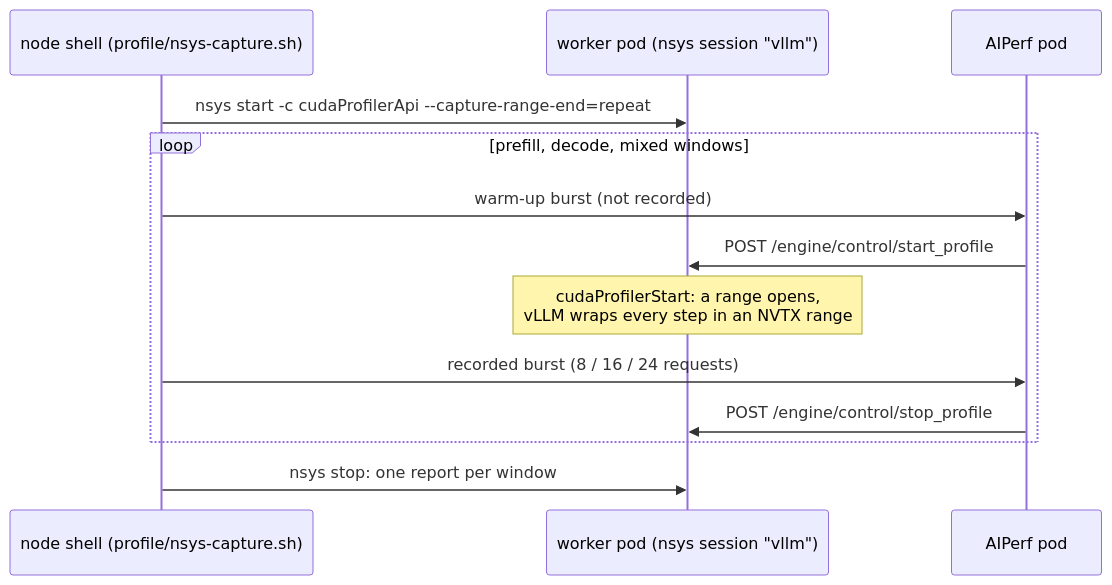
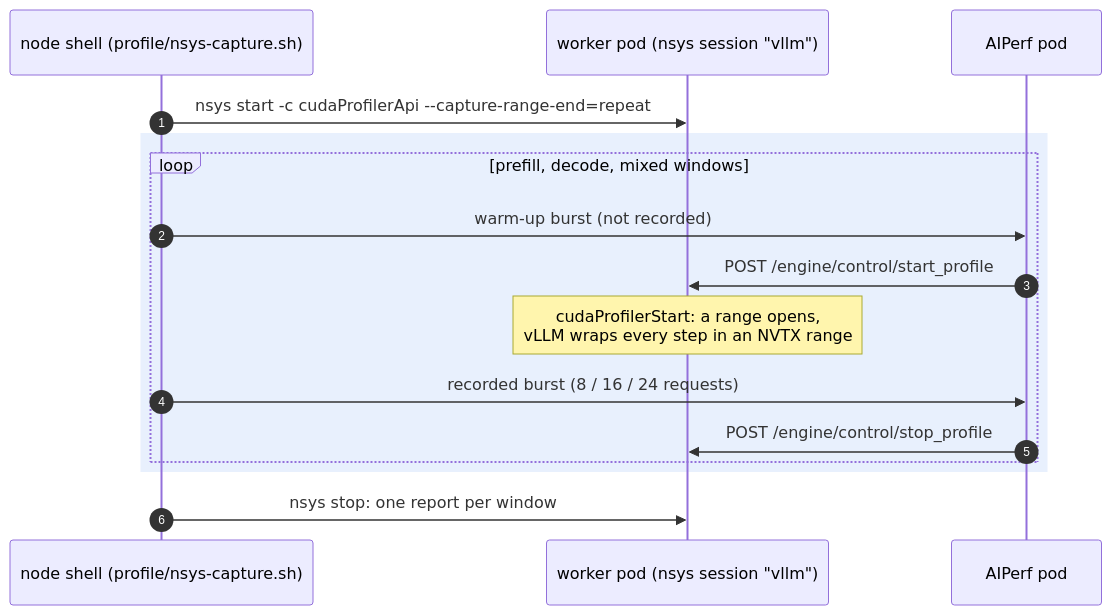
One commit to richajoy/dynamo-inference-lab changed the diagram in docs/07-profiling.md. Above: the diagram before and after it, drawn with Mermaid. The commit also changed 12 other files, not shown here.

First line of the commit message:
Polish: colour-coded diagrams, animated explainers, badges, Apache-2.0 license

````diff
--- a/docs/07-profiling.md
+++ b/docs/07-profiling.md
@@ -37,15 +37,18 @@
 ```mermaid
 sequenceDiagram
     participant N as node shell (profile/nsys-capture.sh)
     participant W as worker pod (nsys session "vllm")
     participant A as AIPerf pod
+    autonumber
     N->>W: nsys start -c cudaProfilerApi --capture-range-end=repeat
+    rect rgba(31, 111, 235, 0.10)
     loop prefill, decode, mixed windows
         N->>A: warm-up burst (not recorded)
         A->>W: POST /engine/control/start_profile
         Note over W: cudaProfilerStart: a range opens,<br/>vLLM wraps every step in an NVTX range
         N->>A: recorded burst (8 / 16 / 24 requests)
         A->>W: POST /engine/control/stop_profile
     end
+    end
     N->>W: nsys stop: one report per window
 ```
````
